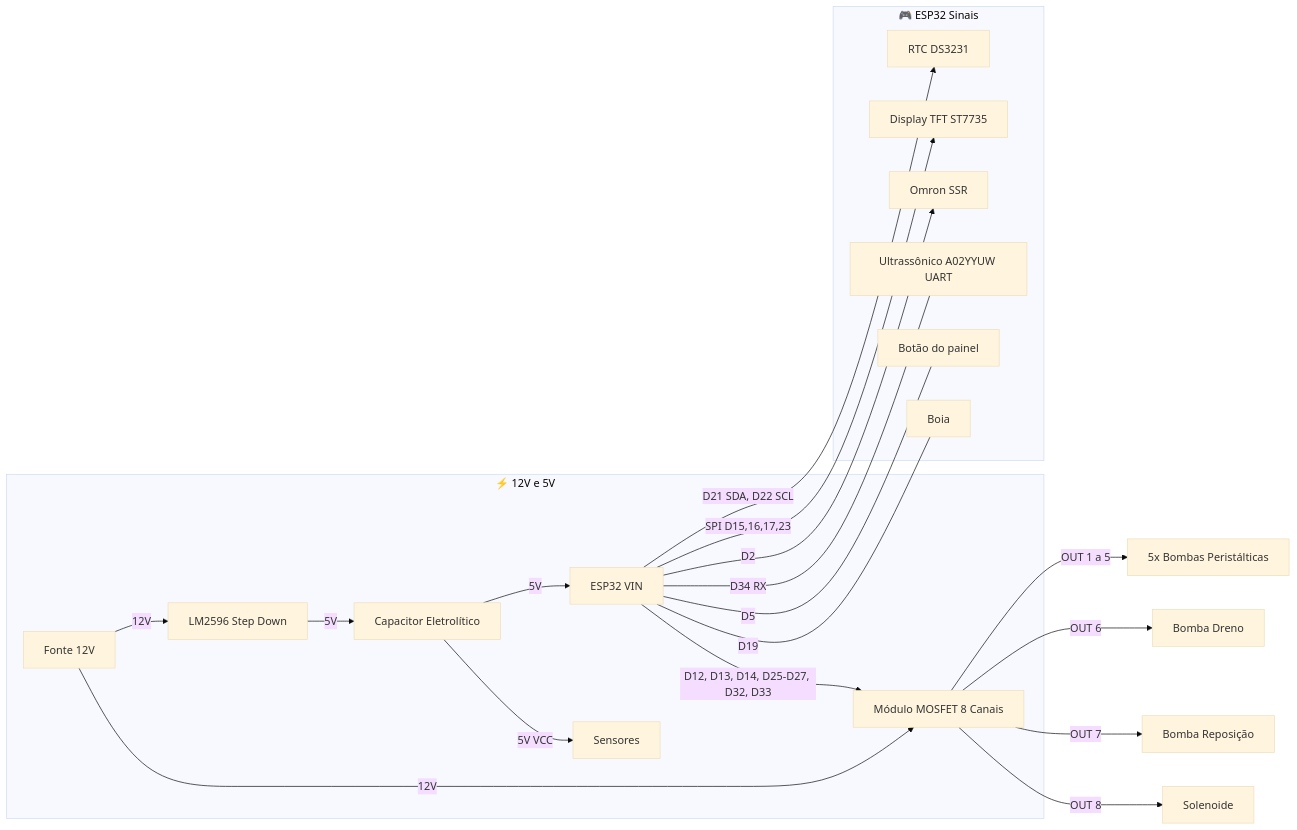
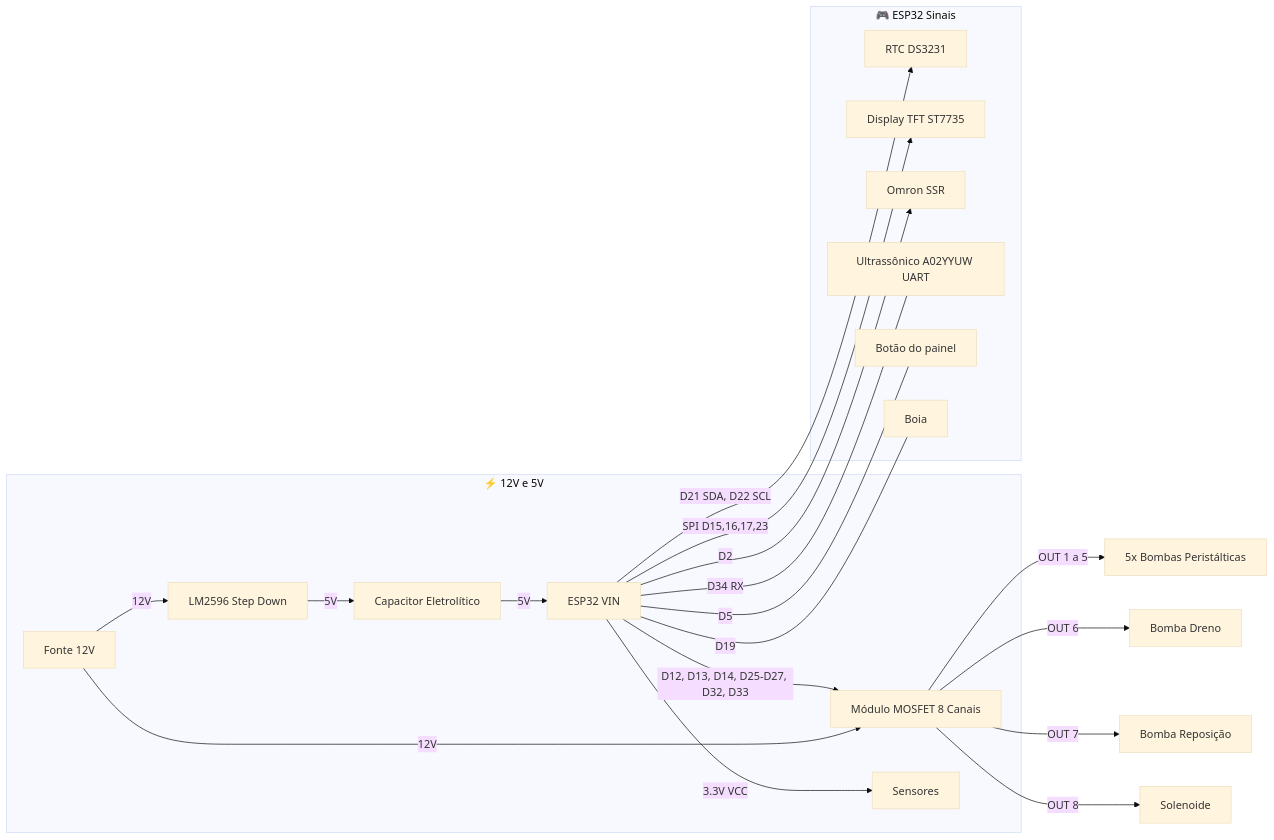
The second of 2 diagrams in README.pt-BR.md (PhilipeGatis/IARA), drawn with Mermaid (base theme) before and after one commit. The commit also changed 2 other files, not shown here.

Commit message:
docs: the overview diagram fed the sensors 5V
HARDWARE.md carries a bold warning that the A02YYUW's output logic level
follows its VCC, so powering it at 5V puts 5V on GPIO34 and destroys the
pin permanently. The architecture diagram in all three READMEs drew the
sensor rail coming off the 5V bus — the first picture a builder sees,
contradicting the warning sixty lines into another document. Now 3.3V,
from the ESP32's regulator, which is what the build actually does.

Claude-Session: https://claude.ai/code/session_018JJ7SskgX2mbfAYasTPVyB

````diff
--- a/README.pt-BR.md
+++ b/README.pt-BR.md
@@ -114,25 +114,25 @@
 ```mermaid
 graph LR
   subgraph Alimentacao [⚡ 12V e 5V]
     PSU[Fonte 12V] -->|12V| MOSFET[Módulo MOSFET 8 Canais]
     PSU -->|12V| LM2596[LM2596 Step Down]
     LM2596 -->|5V| Cap[Capacitor Eletrolítico]
     Cap -->|5V| ESP32[ESP32 VIN]
-    Cap -->|5V VCC| SENS[Sensores]
+    ESP32 -->|3.3V VCC| SENS[Sensores]
   end
 
   subgraph Sinais [🎮 ESP32 Sinais]
     ESP32 -->|D21 SDA, D22 SCL| I2C[RTC DS3231]
     ESP32 -->|SPI D15,16,17,23| TFT[Display TFT ST7735]
     ESP32 -->|D12, D13, D14, D25-D27, D32, D33| MOSFET
     ESP32 -->|D2| SSR[Omron SSR]
     ESP32 ---|D34 RX| Ultra[Ultrassônico A02YYUW UART]
     ESP32 ---|D5| Button[Botão do painel]
     ESP32 ---|D19| Float[Boia]
   end
 
   MOSFET -->|OUT 1 a 5| Peristalticas[5x Bombas Peristálticas]
   MOSFET -->|OUT 6| Diaphragm[Bomba Dreno]
   MOSFET -->|OUT 7| WaterPump[Bomba Reposição]
   MOSFET -->|OUT 8| Solenoid[Solenoide]
 ```
````
